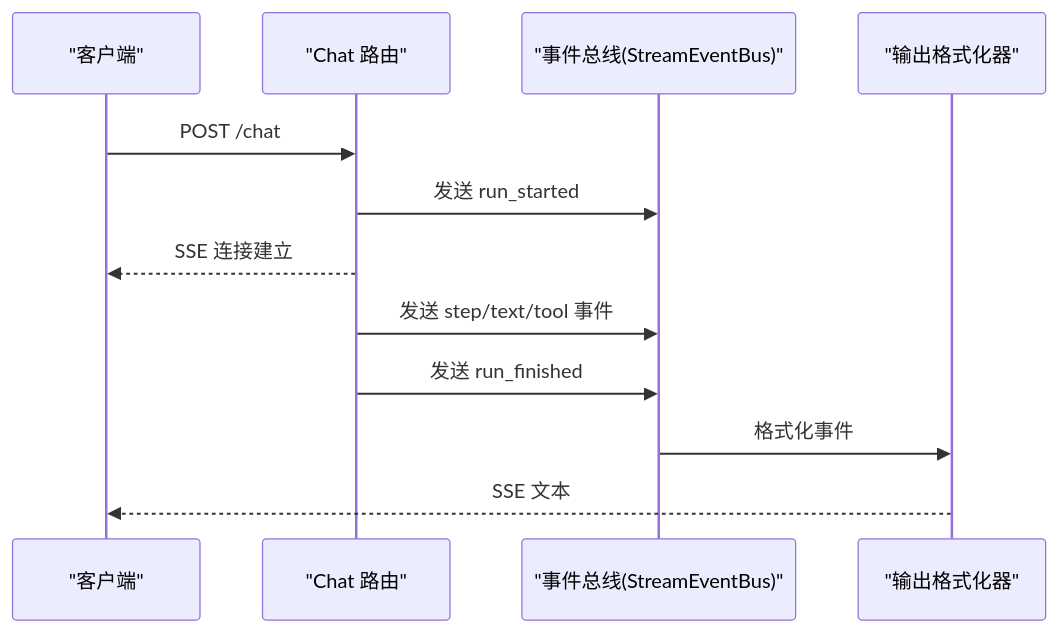
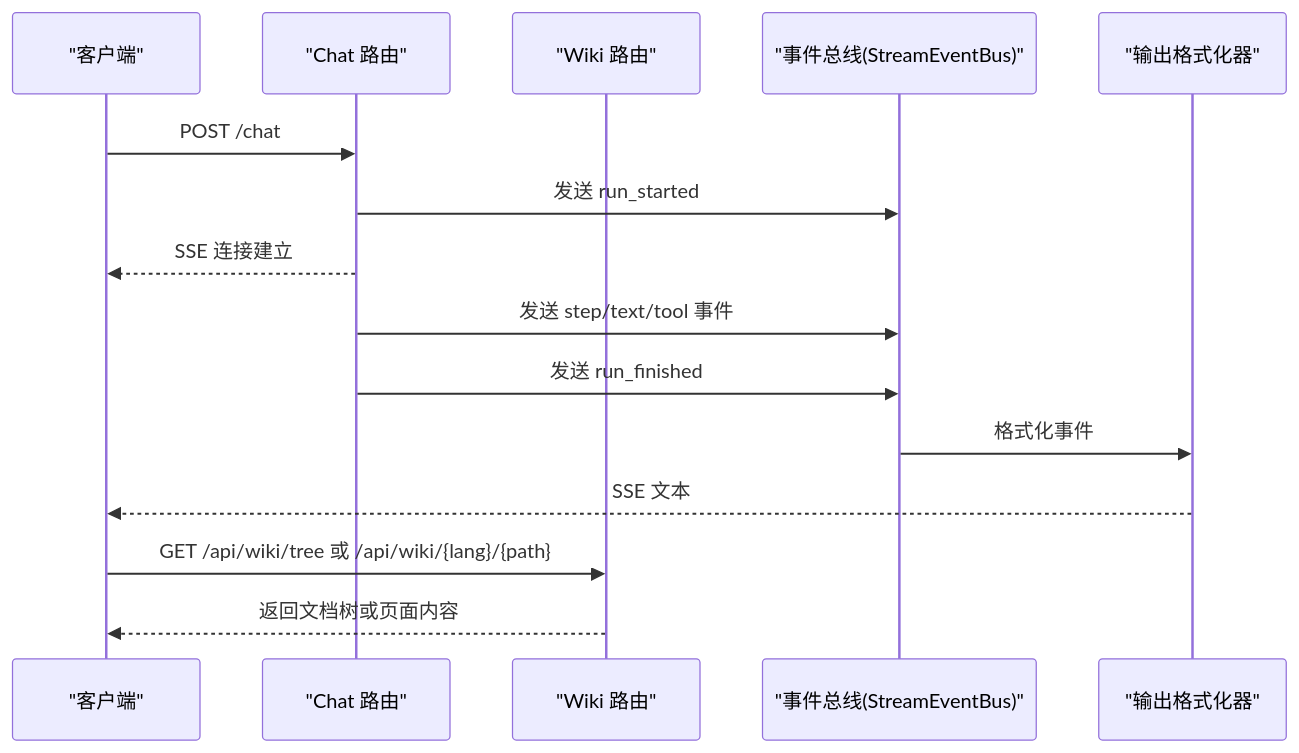
Before and after one commit to YU-JI-KUI/ark-agentic: the ninth of 17 diagrams in repowiki/zh/content/架构设计/架构设计.md, drawn with Mermaid. The commit also changed other lines of this file and 10 other files, not shown here.

````diff
--- a/repowiki/zh/content/架构设计/架构设计.md
+++ b/repowiki/zh/content/架构设计/架构设计.md
@@ -441,14 +459,17 @@
 ```mermaid
 sequenceDiagram
 participant Client as "客户端"
 participant Chat as "Chat 路由"
+participant Wiki as "Wiki 路由"
 participant Bus as "事件总线(StreamEventBus)"
 participant Formatter as "输出格式化器"
 Client->>Chat : POST /chat
 Chat->>Bus : 发送 run_started
 Chat-->>Client : SSE 连接建立
 Chat->>Bus : 发送 step/text/tool 事件
 Chat->>Bus : 发送 run_finished
 Bus->>Formatter : 格式化事件
 Formatter-->>Client : SSE 文本
+Client->>Wiki : GET /api/wiki/tree 或 /api/wiki/{lang}/{path}
+Wiki-->>Client : 返回文档树或页面内容
 ```
````
